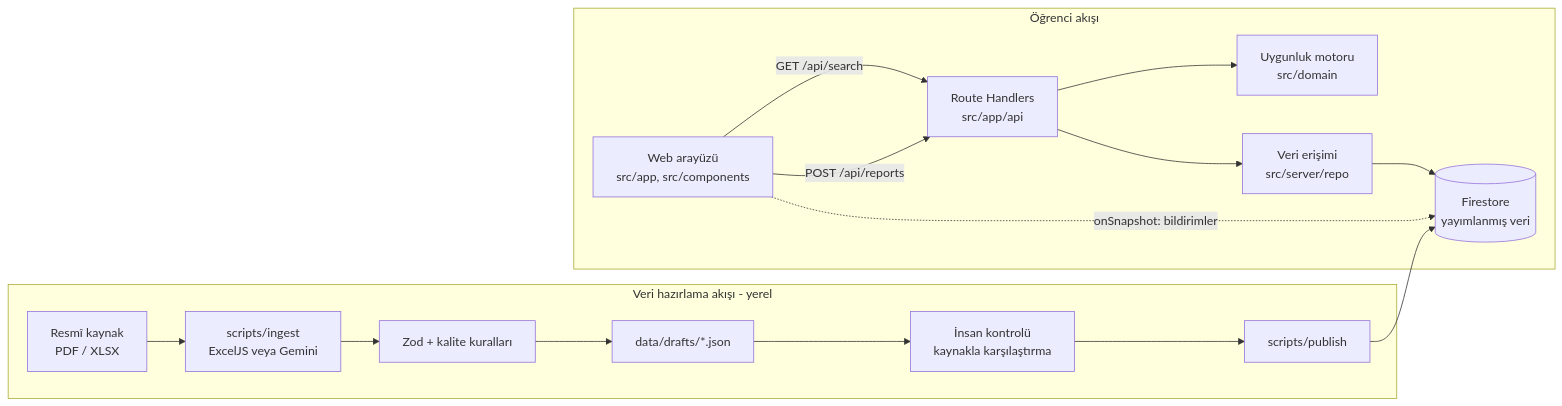
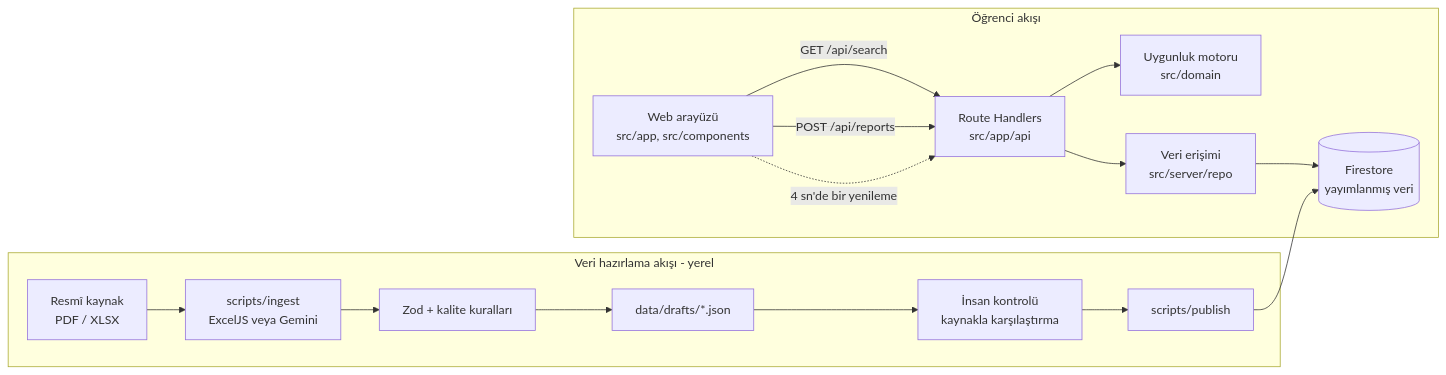
One commit to batuudemiir/sau-calisma-asistani changed the diagram in docs/ARCHITECTURE.md. Above: the diagram before and after it, drawn with Mermaid. The commit also changed other lines of this file and 16 other files, not shown here.

````diff
--- a/docs/ARCHITECTURE.md
+++ b/docs/ARCHITECTURE.md
@@ -26,19 +26,19 @@
 ```mermaid
 flowchart LR
   subgraph Ogrenci_akisi[Öğrenci akışı]
     UI[Web arayüzü<br/>src/app, src/components] -->|GET /api/search| API[Route Handlers<br/>src/app/api]
     API --> ENG[Uygunluk motoru<br/>src/domain]
     API --> DAL[Veri erişimi<br/>src/server/repo]
     DAL --> FS[(Firestore<br/>yayımlanmış veri)]
     UI -->|POST /api/reports| API
-    UI -.->|onSnapshot: bildirimler| FS
+    UI -.->|4 sn'de bir yenileme| API
   end
   subgraph Veri_hazirlama[Veri hazırlama akışı - yerel]
     SRC[Resmî kaynak<br/>PDF / XLSX] --> ING[scripts/ingest<br/>ExcelJS veya Gemini]
     ING --> VAL[Zod + kalite kuralları]
     VAL --> DRAFT[data/drafts/*.json]
     DRAFT --> HUMAN[İnsan kontrolü<br/>kaynakla karşılaştırma]
     HUMAN --> PUB[scripts/publish]
     PUB --> FS
   end
 ```
````
